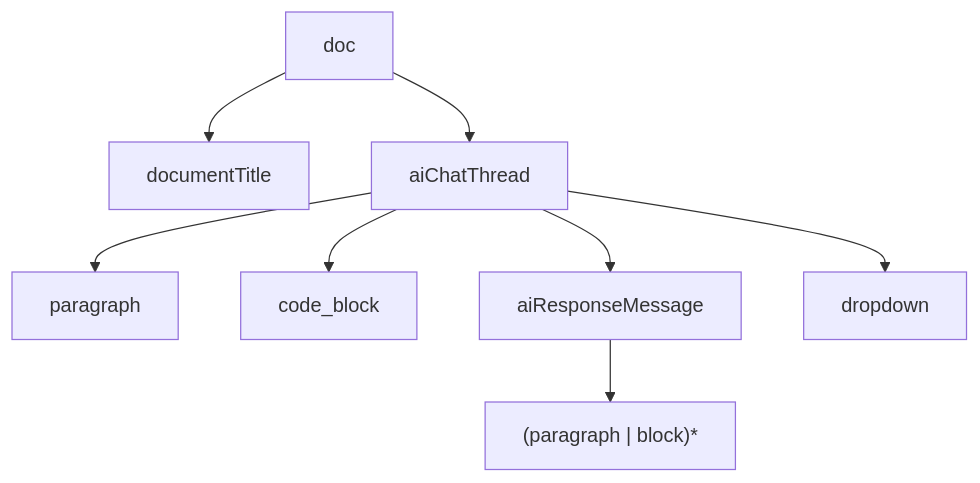
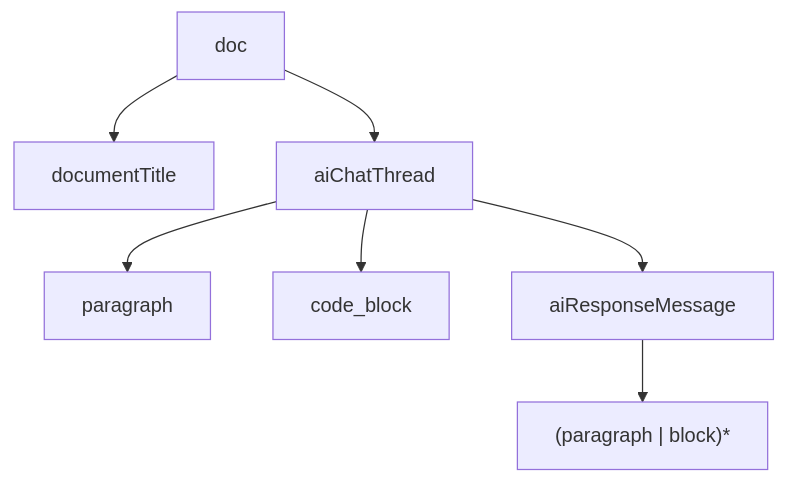
One commit to Lixpi/lixpi.ai-bridge changed the second of 9 diagrams in services/web-ui/src/components/proseMirror/README.md. Above: the diagram before and after it, drawn with Mermaid. The commit also changed other lines of this file and 6 other files, not shown here.

````diff
--- a/services/web-ui/src/components/proseMirror/README.md
+++ b/services/web-ui/src/components/proseMirror/README.md
@@ -46,10 +45,9 @@
 ```mermaid
 flowchart TD
   A[doc] --> B[documentTitle]
   A --> T[aiChatThread]
   T --> P[paragraph]
   T --> CB[code_block]
   T --> R[aiResponseMessage]
-  T --> D[dropdown]
   R --> RP["(paragraph | block)*"]
 ```
````
